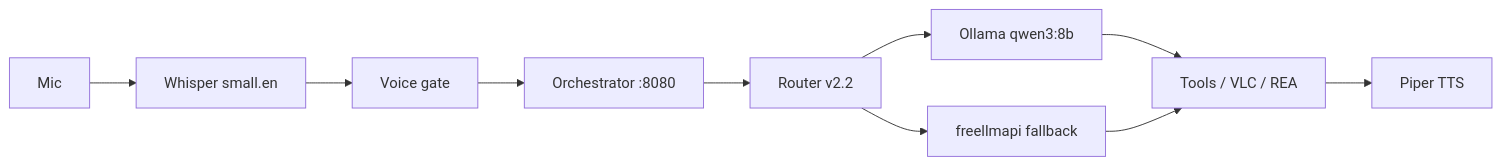
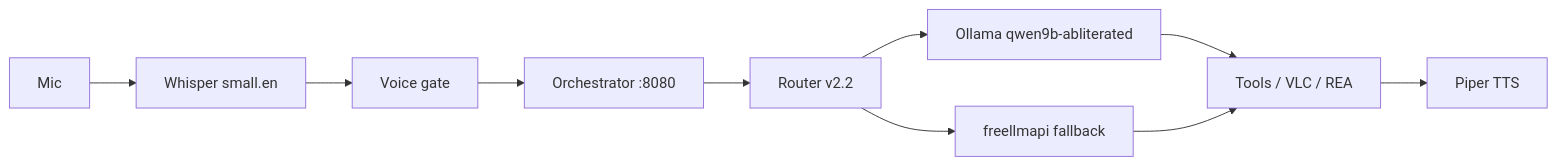
One commit to basementjarvisunleashed-a11y/jarvis-estate changed the second of 2 diagrams in README.md. Above: the diagram before and after it, drawn with Mermaid. The commit also changed other lines of this file and 30 other files, not shown here.

````diff
--- a/README.md
+++ b/README.md
@@ -154,12 +182,12 @@
 ```mermaid
 flowchart LR
     mic[Mic] --> whisper[Whisper small.en]
     whisper --> gate[Voice gate]
     gate --> orch["Orchestrator :8080"]
     orch --> router["Router v2.2"]
-    router --> ollama["Ollama qwen3:8b"]
+    router --> ollama["Ollama qwen9b-abliterated"]
     router --> free["freellmapi fallback"]
     ollama --> tools["Tools / VLC / REA"]
     free --> tools
     tools --> piper[Piper TTS]
 ```
````
